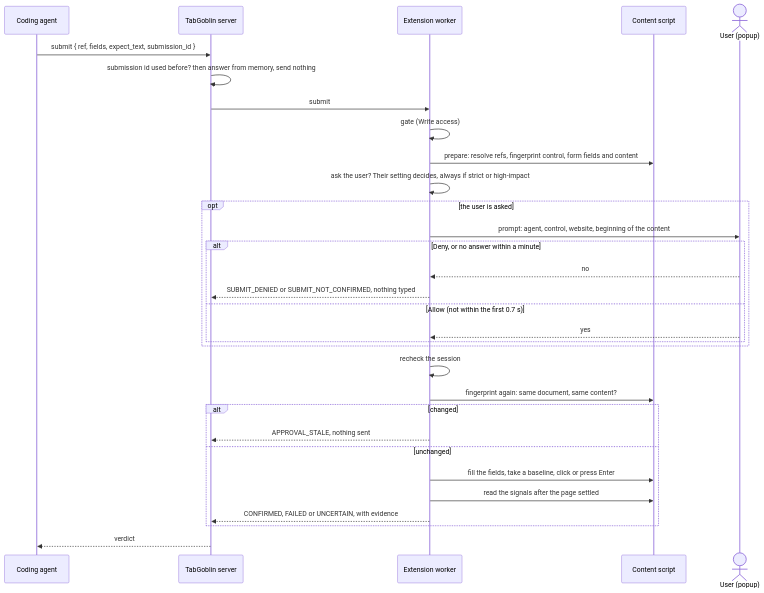
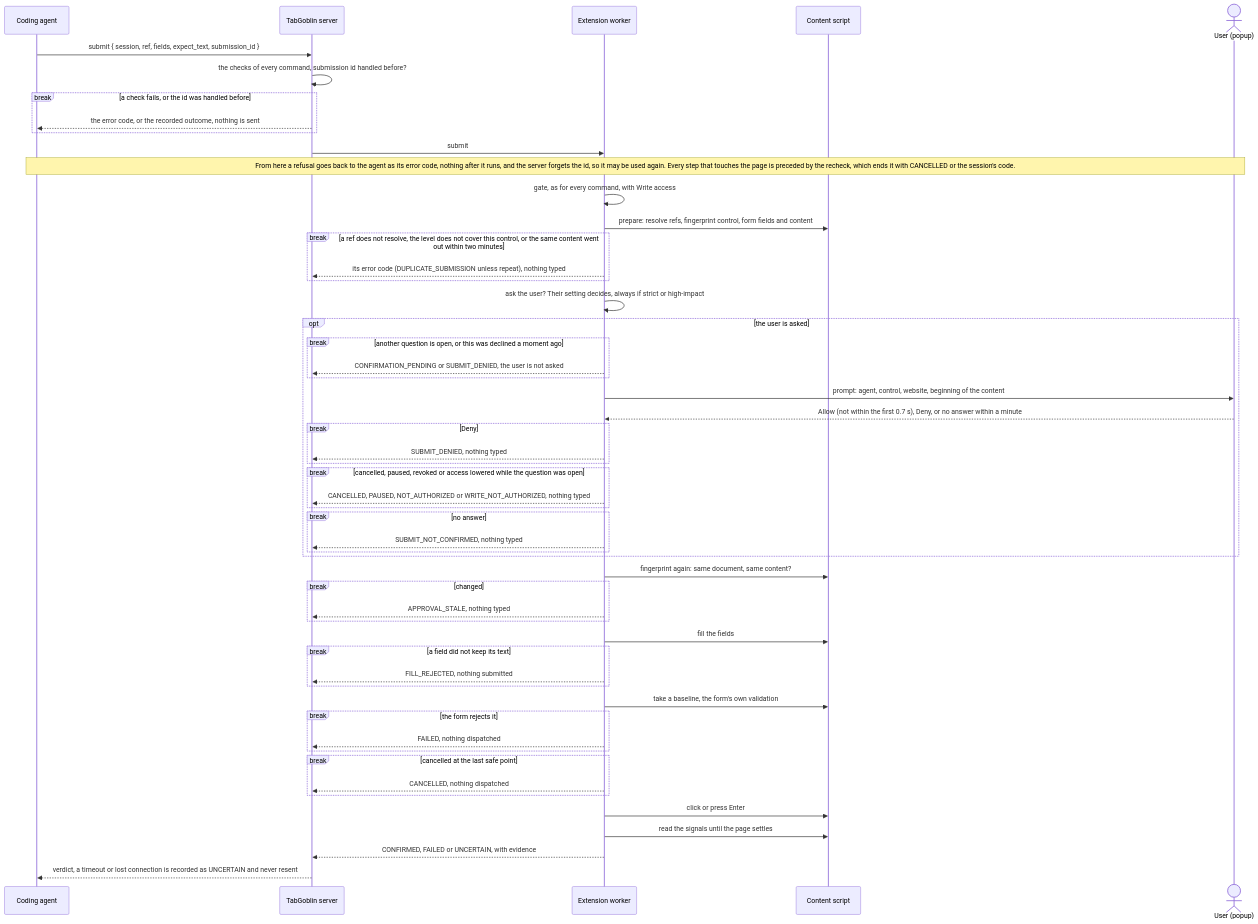
The fifth of 8 diagrams in docs/architecture.md (LaughingManCommits/TabGoblin), drawn with Mermaid before and after one commit. The commit also changed other lines of this file and 13 other files, not shown here.

First line of the commit message:
The diagrams aligned with the code

````diff
--- a/docs/architecture.md
+++ b/docs/architecture.md
@@ -338,33 +373,56 @@
 ```mermaid
 sequenceDiagram
   participant A as Coding agent
   participant S as TabGoblin server
   participant B as Extension worker
   participant P as Content script
   actor U as User (popup)
-  A->>S: submit { ref, fields, expect_text, submission_id }
-  S->>S: submission id used before? then answer from memory, send nothing
+  A->>S: submit { session, ref, fields, expect_text, submission_id }
+  S->>S: the checks of every command, submission id handled before?
+  break a check fails, or the id was handled before
+    S-->>A: the error code, or the recorded outcome, nothing is sent
+  end
   S->>B: submit
-  B->>B: gate (Write access)
+  Note over A,U: From here a refusal goes back to the agent as its error code, nothing after it runs, and the server forgets the id, so it may be used again. Every step that touches the page is preceded by the recheck, which ends it with CANCELLED or the session's code.
+  B->>B: gate, as for every command, with Write access
   B->>P: prepare: resolve refs, fingerprint control, form fields and content
+  break a ref does not resolve, the level does not cover this control, or the same content went out within two minutes
+    B-->>S: its error code (DUPLICATE_SUBMISSION unless repeat), nothing typed
+  end
   B->>B: ask the user? Their setting decides, always if strict or high-impact
   opt the user is asked
+    break another question is open, or this was declined a moment ago
+      B-->>S: CONFIRMATION_PENDING or SUBMIT_DENIED, the user is not asked
+    end
     B->>U: prompt: agent, control, website, beginning of the content
-    alt Deny, or no answer within a minute
-      U-->>B: no
-      B-->>S: SUBMIT_DENIED or SUBMIT_NOT_CONFIRMED, nothing typed
-    else Allow (not within the first 0.7 s)
-      U-->>B: yes
+    U-->>B: Allow (not within the first 0.7 s), Deny, or no answer within a minute
+    break Deny
+      B-->>S: SUBMIT_DENIED, nothing typed
+    end
+    break cancelled, paused, revoked or access lowered while the question was open
+      B-->>S: CANCELLED, PAUSED, NOT_AUTHORIZED or WRITE_NOT_AUTHORIZED, nothing typed
+    end
+    break no answer
+      B-->>S: SUBMIT_NOT_CONFIRMED, nothing typed
     end
   end
-  B->>B: recheck the session
   B->>P: fingerprint again: same document, same content?
-  alt changed
-    B-->>S: APPROVAL_STALE, nothing sent
-  else unchanged
-    B->>P: fill the fields, take a baseline, click or press Enter
-    B->>P: read the signals after the page settled
-    B-->>S: CONFIRMED, FAILED or UNCERTAIN, with evidence
+  break changed
+    B-->>S: APPROVAL_STALE, nothing typed
   end
-  S-->>A: verdict
+  B->>P: fill the fields
+  break a field did not keep its text
+    B-->>S: FILL_REJECTED, nothing submitted
+  end
+  B->>P: take a baseline, the form's own validation
+  break the form rejects it
+    B-->>S: FAILED, nothing dispatched
+  end
+  break cancelled at the last safe point
+    B-->>S: CANCELLED, nothing dispatched
+  end
+  B->>P: click or press Enter
+  B->>P: read the signals until the page settles
+  B-->>S: CONFIRMED, FAILED or UNCERTAIN, with evidence
+  S-->>A: verdict, a timeout or lost connection is recorded as UNCERTAIN and never resent
 ```
````
